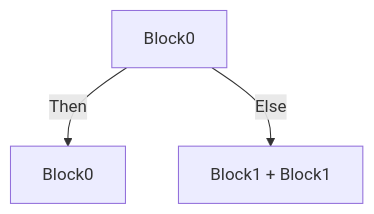
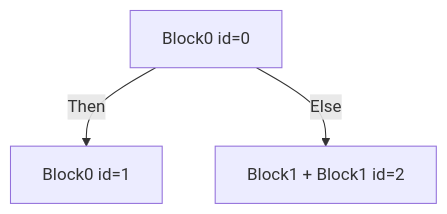
Before and after one commit to defkit/branching_overview: the sixth of 9 diagrams in README.md, drawn with Mermaid. The commit also changed other lines of this file, not shown here.

````diff
--- a/README.md
+++ b/README.md
@@ -75,5 +75,5 @@
 ```mermaid
 graph TD;
-    b0[Block0]-->|Then| b1[Block0]
-    b0[Block0]-->|Else| b2[Block1 + Block1]
+    b0[Block0 id=0]-->|Then| b1[Block0 id=1]
+    b0[Block0 id=0]-->|Else| b2[Block1 + Block1 id=2]
 ```
````
